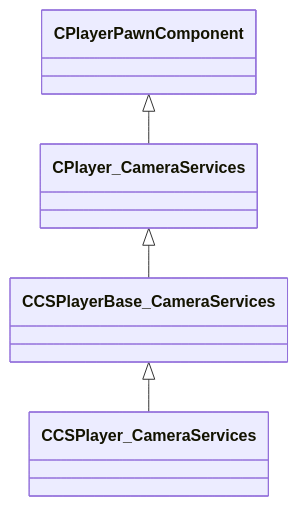
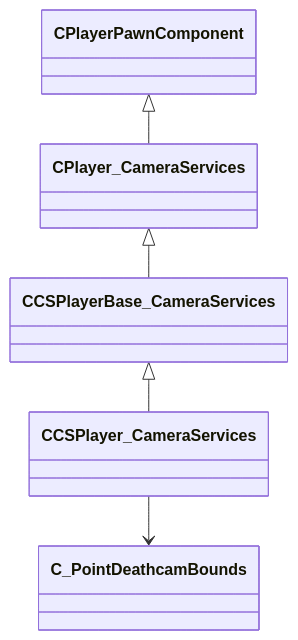
The diagram in docs/generated/schemas/client/CCSPlayer_CameraServices.md (CS2OpenDev/CS2OpenDev-Docs), drawn with Mermaid before and after one commit. The commit also changed other lines of this file and 4654 other files, not shown here.

Commit message:
docs: regenerate for SchemaTracker build 25947352 [skip ci]

````diff
--- a/docs/generated/schemas/client/CCSPlayer_CameraServices.md
+++ b/docs/generated/schemas/client/CCSPlayer_CameraServices.md
@@ -21,6 +21,7 @@
 ```mermaid
 classDiagram
     CCSPlayerBase_CameraServices <|-- CCSPlayer_CameraServices
     CPlayer_CameraServices <|-- CCSPlayerBase_CameraServices
     CPlayerPawnComponent <|-- CPlayer_CameraServices
+    CCSPlayer_CameraServices --> C_PointDeathcamBounds
 ```
````
